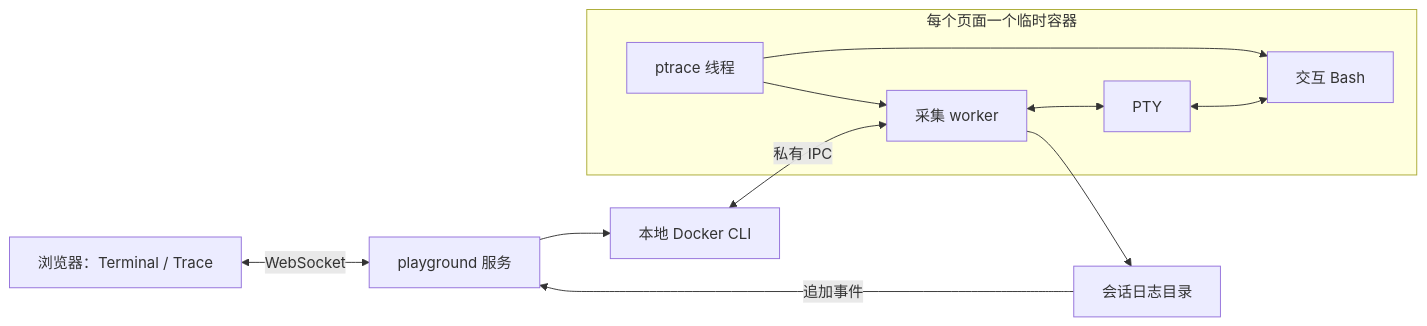
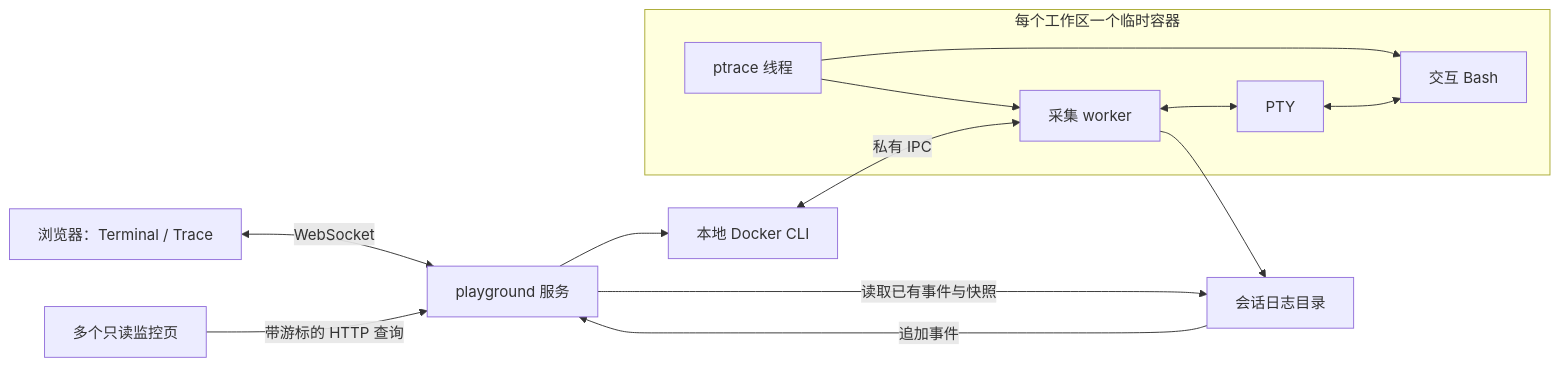
One commit to nullptrpanic/AgentTomo changed the first of 2 diagrams in docs/playground-design.md. Above: the diagram before and after it, drawn with Mermaid. The commit also changed other lines of this file and 31 other files, not shown here.

````diff
--- a/docs/playground-design.md
+++ b/docs/playground-design.md
@@ -15,18 +15,20 @@
 ```mermaid
 flowchart LR
     Browser[浏览器：Terminal / Trace] <-->|WebSocket| Web[playground 服务]
     Web --> Docker[本地 Docker CLI]
-    subgraph Container[每个页面一个临时容器]
+    subgraph Container[每个工作区一个临时容器]
         Worker[采集 worker]
         PTY[PTY]
         Bash[交互 Bash]
         Trace[ptrace 线程]
         Worker <--> PTY
         PTY <--> Bash
         Trace --> Bash
         Trace --> Worker
     end
     Docker <-->|私有 IPC| Worker
     Worker --> Logs[会话日志目录]
+    Monitor[多个只读监控页] -->|带游标的 HTTP 查询| Web
+    Web -->|读取已有事件与快照| Logs
     Logs -->|追加事件| Web
 ```
````
